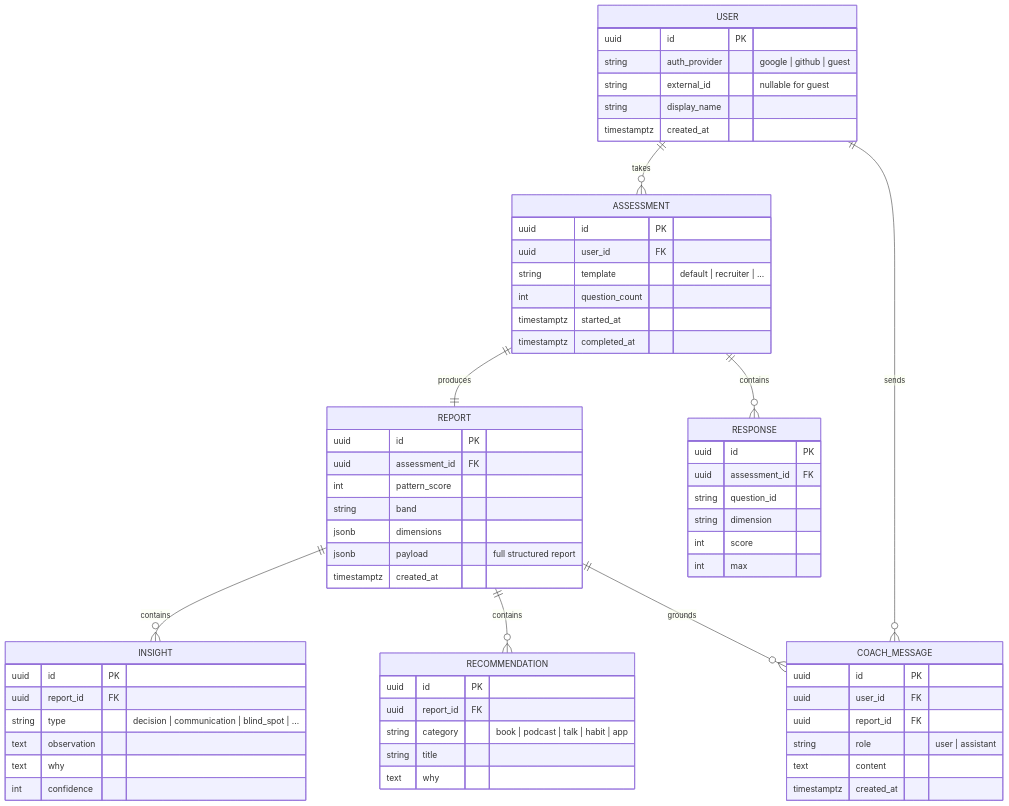
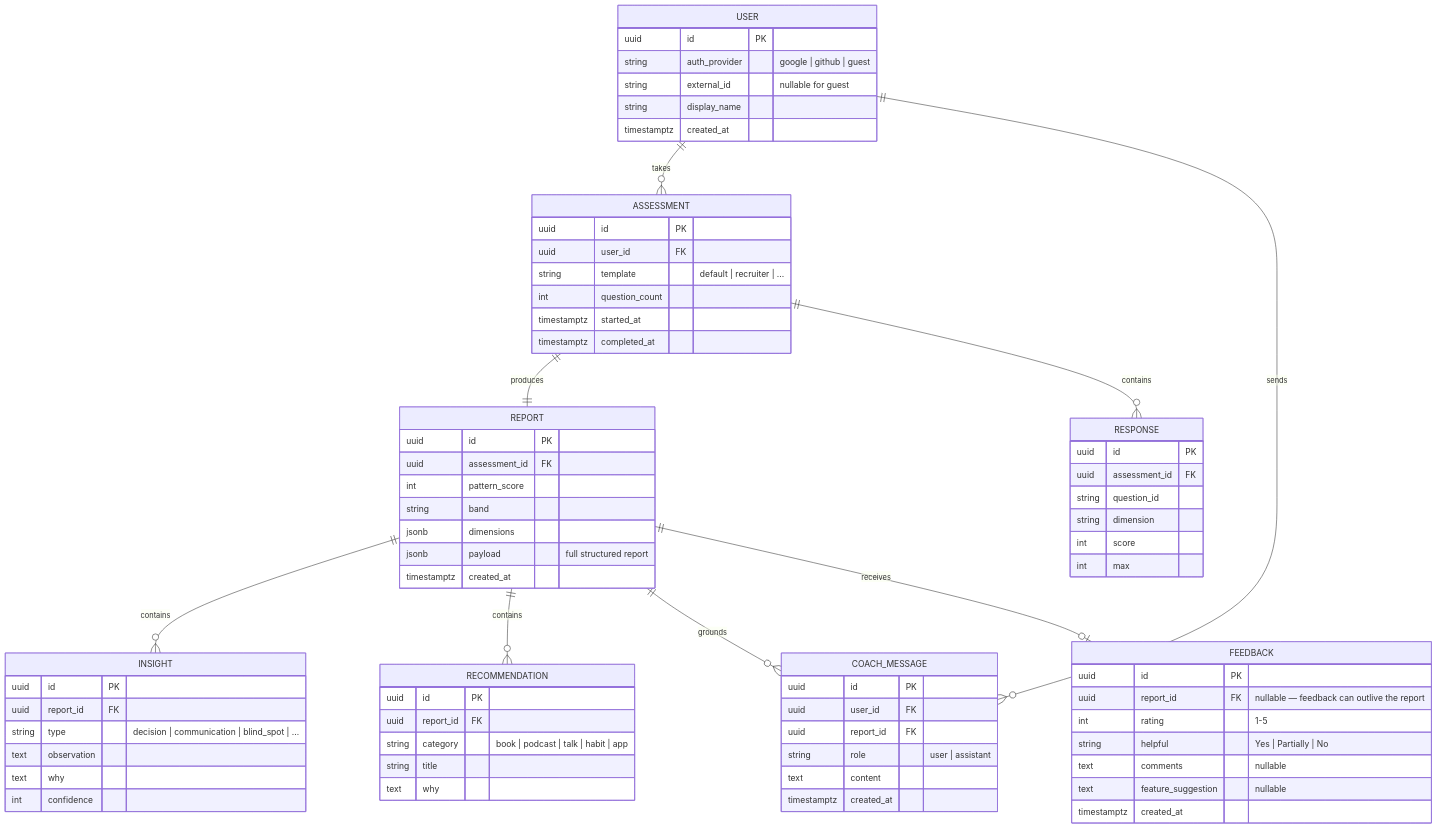
One commit to AntaraBarman/Project1 changed the diagram in docs/DATA_MODEL.md. Above: the diagram before and after it, drawn with Mermaid. The commit also changed other lines of this file and 3 other files, not shown here.

````diff
--- a/docs/DATA_MODEL.md
+++ b/docs/DATA_MODEL.md
@@ -42,66 +48,76 @@
 ```mermaid
 erDiagram
   USER ||--o{ ASSESSMENT : takes
   ASSESSMENT ||--|| REPORT : produces
   ASSESSMENT ||--o{ RESPONSE : contains
   REPORT ||--o{ INSIGHT : contains
   REPORT ||--o{ RECOMMENDATION : contains
   USER ||--o{ COACH_MESSAGE : sends
   REPORT ||--o{ COACH_MESSAGE : grounds
+  REPORT ||--o| FEEDBACK : receives
 
   USER {
     uuid id PK
     string auth_provider "google | github | guest"
     string external_id "nullable for guest"
     string display_name
     timestamptz created_at
   }
   ASSESSMENT {
     uuid id PK
     uuid user_id FK
     string template "default | recruiter | ..."
     int question_count
     timestamptz started_at
     timestamptz completed_at
   }
   RESPONSE {
     uuid id PK
     uuid assessment_id FK
     string question_id
     string dimension
     int score
     int max
   }
   REPORT {
     uuid id PK
     uuid assessment_id FK
     int pattern_score
     string band
     jsonb dimensions
     jsonb payload "full structured report"
     timestamptz created_at
   }
   INSIGHT {
     uuid id PK
     uuid report_id FK
     string type "decision | communication | blind_spot | ..."
     text observation
     text why
     int confidence
   }
   RECOMMENDATION {
     uuid id PK
     uuid report_id FK
     string category "book | podcast | talk | habit | app"
     string title
     text why
   }
   COACH_MESSAGE {
     uuid id PK
     uuid user_id FK
     uuid report_id FK
     string role "user | assistant"
     text content
     timestamptz created_at
   }
+  FEEDBACK {
+    uuid id PK
+    uuid report_id FK "nullable — feedback can outlive the report"
+    int rating "1-5"
+    string helpful "Yes | Partially | No"
+    text comments "nullable"
+    text feature_suggestion "nullable"
+    timestamptz created_at
+  }
 ```
````
